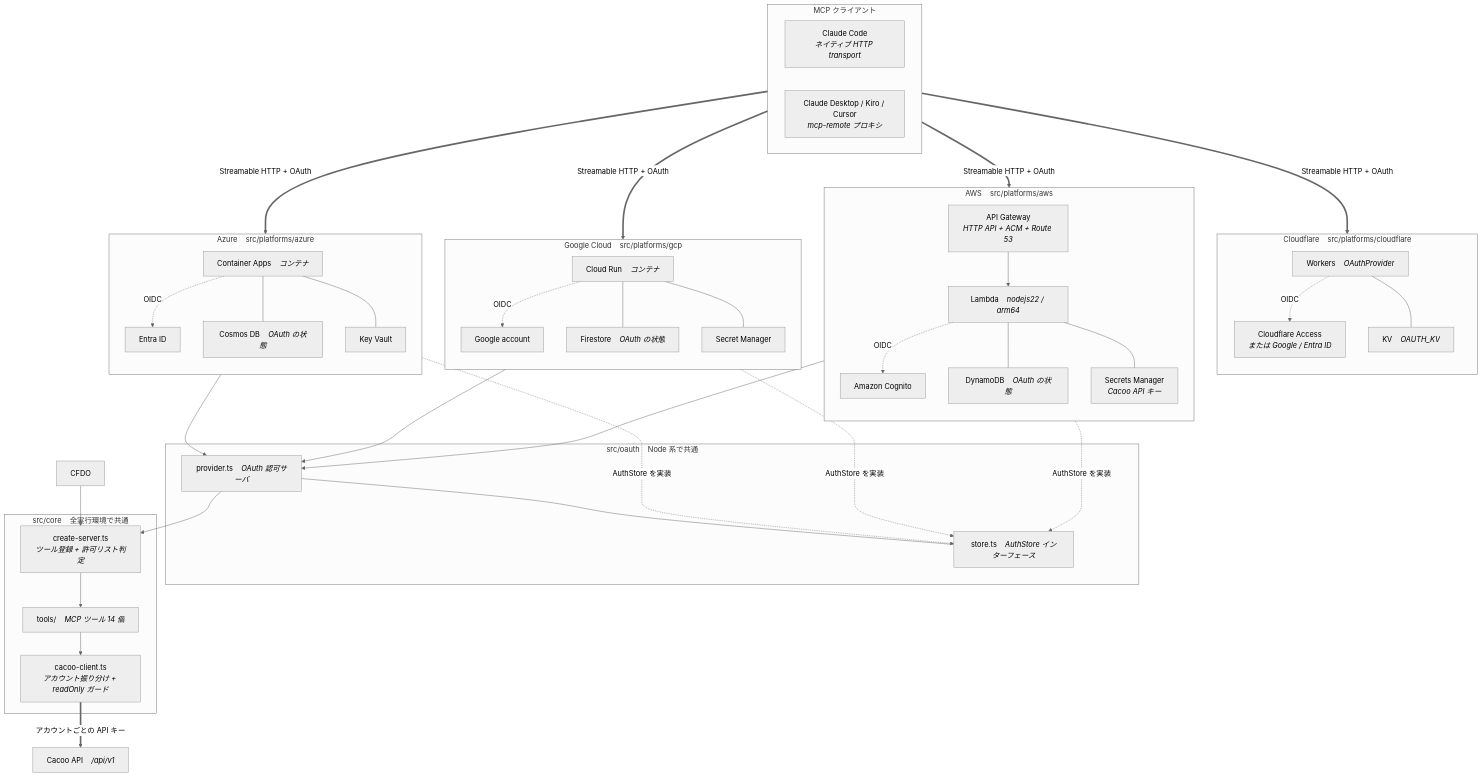
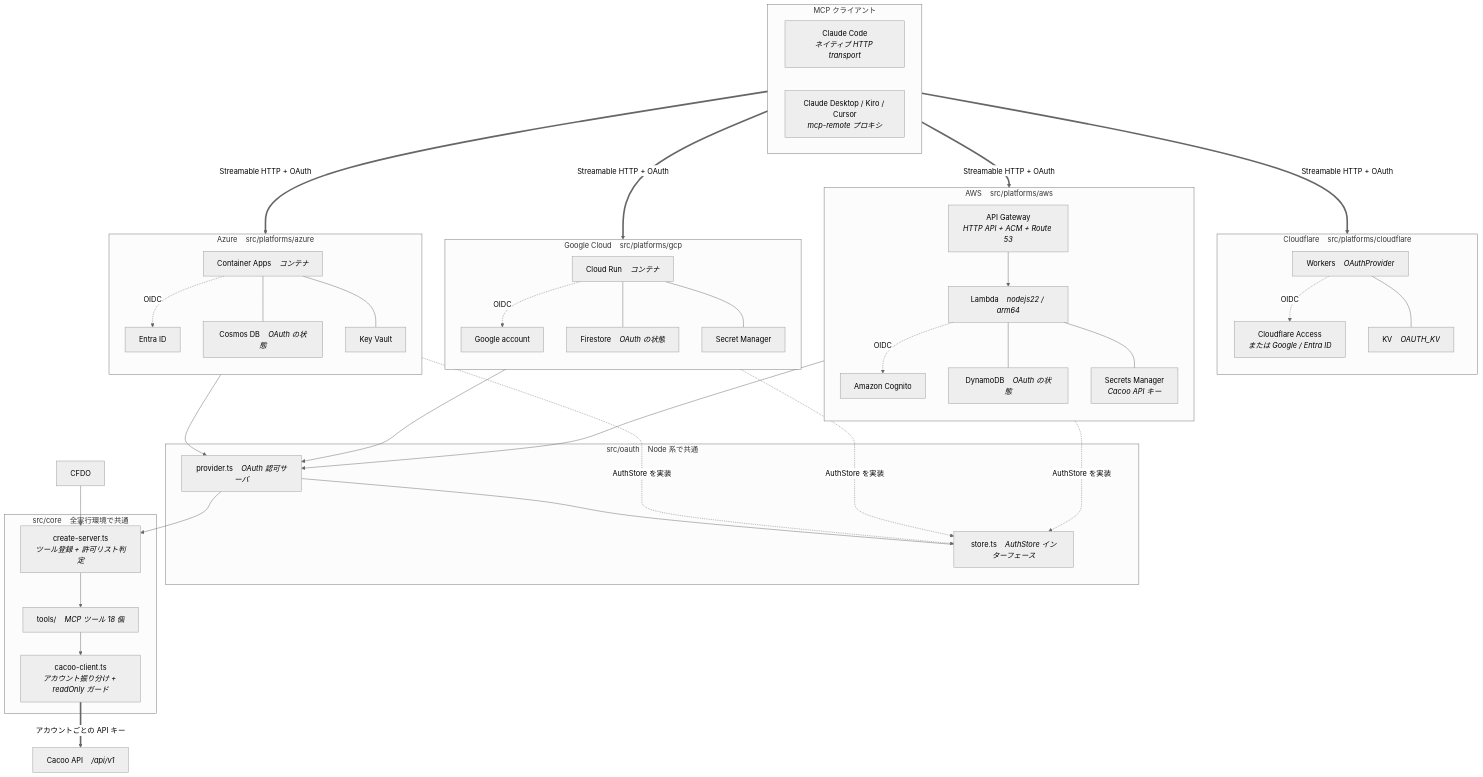
Before and after one commit to midnight480/cacoo-remote-mcp-server: the first of 2 diagrams in README_ja.md, drawn with Mermaid (neutral theme). The commit also changed other lines of this file and 6 other files, not shown here.

```diff
--- a/README_ja.md
+++ b/README_ja.md
@@ -105,7 +105,7 @@
 
     subgraph shared["src/core &nbsp;&nbsp; 全実行環境で共通"]
         CS["create-server.ts<br/><i>ツール登録 + 許可リスト判定</i>"]
-        TOOLS["tools/ &nbsp;&nbsp; <i>MCP ツール 14 個</i>"]
+        TOOLS["tools/ &nbsp;&nbsp; <i>MCP ツール 18 個</i>"]
         BC["cacoo-client.ts<br/><i>アカウント振り分け + readOnly ガード</i>"]
         CS --> TOOLS --> BC
     end
```
